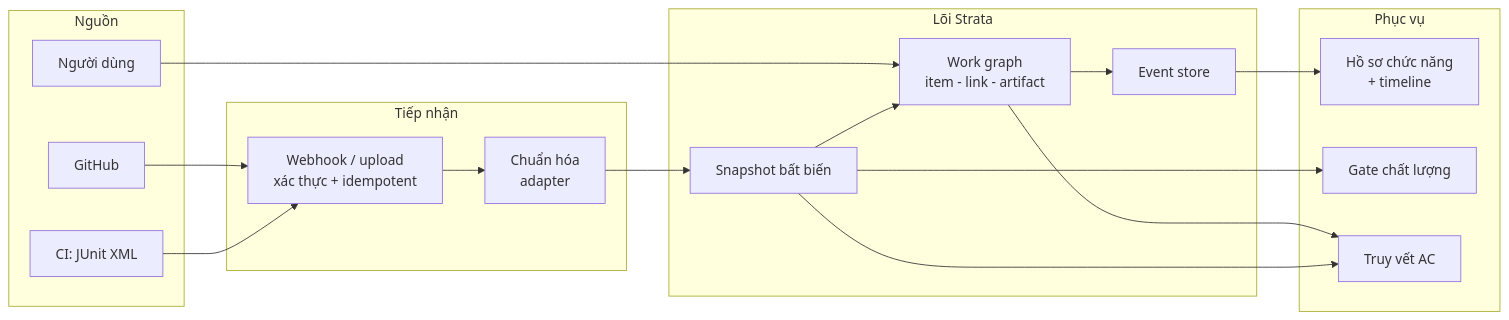
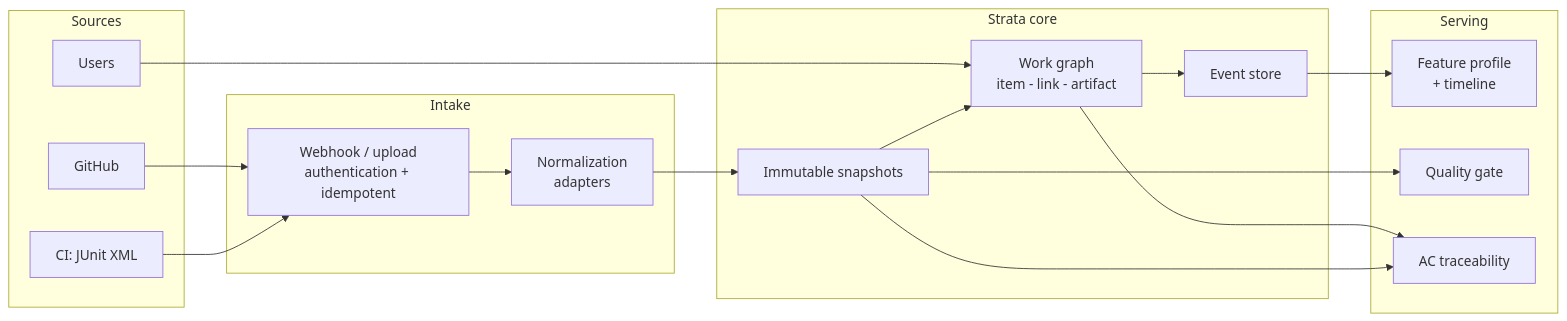
The second of 21 diagrams in README.md (tungld9999blacksmith/Strata), drawn with Mermaid before and after one commit. The commit also changed other lines of this file and 13 other files, not shown here.

````diff
--- a/README.md
+++ b/README.md
@@ -97,32 +97,32 @@
 ```mermaid
 flowchart LR
-    subgraph SRC["Nguồn"]
+    subgraph SRC["Sources"]
         GH["GitHub"]
         CI["CI: JUnit XML"]
-        USR["Người dùng"]
+        USR["Users"]
     end
-    subgraph ING["Tiếp nhận"]
-        WH["Webhook / upload<br/>xác thực + idempotent"]
-        NORM["Chuẩn hóa<br/>adapter"]
+    subgraph ING["Intake"]
+        WH["Webhook / upload<br/>authentication + idempotent"]
+        NORM["Normalization<br/>adapters"]
     end
-    subgraph CORE["Lõi Strata"]
-        SNAP["Snapshot bất biến"]
+    subgraph CORE["Strata core"]
+        SNAP["Immutable snapshots"]
         GRAPH["Work graph<br/>item - link - artifact"]
         EVT["Event store"]
     end
-    subgraph SERVE["Phục vụ"]
-        DOS["Hồ sơ chức năng<br/>+ timeline"]
-        GATE["Gate chất lượng"]
-        TRACE["Truy vết AC"]
+    subgraph SERVE["Serving"]
+        DOS["Feature profile<br/>+ timeline"]
+        GATE["Quality gate"]
+        TRACE["AC traceability"]
     end
     GH --> WH
     CI --> WH
     WH --> NORM --> SNAP
     USR --> GRAPH
     SNAP --> GRAPH
     GRAPH --> EVT
     EVT --> DOS
     SNAP --> GATE
     GRAPH --> TRACE
     SNAP --> TRACE
 ```
````
